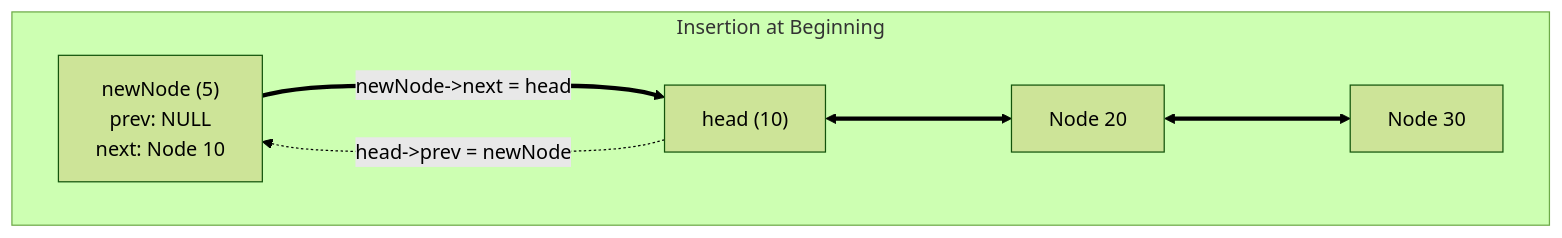
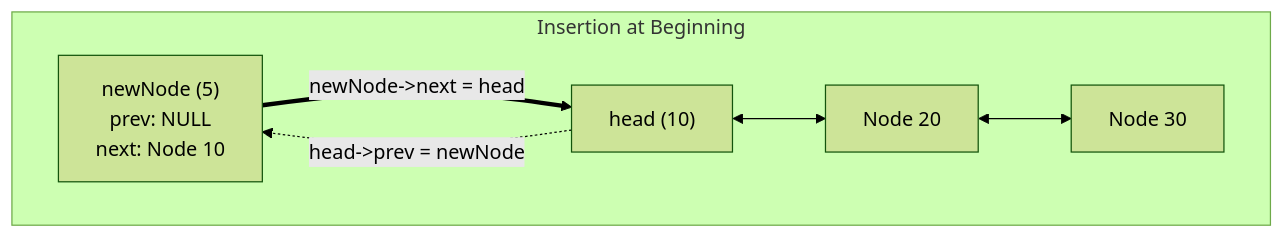
The second of 5 diagrams in DSA/Unit 2/L02 - Doubly Linked Lists.md (YatishGowda09/Sem-3-CSE-Notes), drawn with Mermaid (forest theme) before and after one commit. The commit also changed other lines of this file and 70 other files, not shown here.

First line of the commit message:
Fix Mermaid diagram syntax for GitHub rendering compatibility

````diff
--- a/DSA/Unit 2/L02 - Doubly Linked Lists.md
+++ b/DSA/Unit 2/L02 - Doubly Linked Lists.md
@@ -105,10 +105,10 @@
 ```mermaid
 flowchart TD
     subgraph InsertBeginning["Insertion at Beginning"]
         direction LR
-        NEW["newNode (5)\nprev: NULL\nnext: Node 10"]
-        H["head (10)"] <===> N20["Node 20"] <===> N30["Node 30"]
-        NEW ===>|"newNode->next = head"| H
+        NEW["newNode (5)<br/>prev: NULL<br/>next: Node 10"]
+        H["head (10)"] <--> N20["Node 20"] <--> N30["Node 30"]
+        NEW ==>|"newNode->next = head"| H
         H -.->|"head->prev = newNode"| NEW
     end
 ```
````
